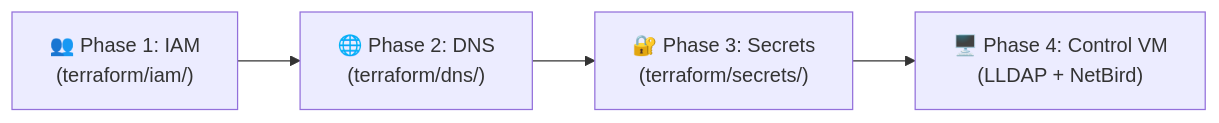
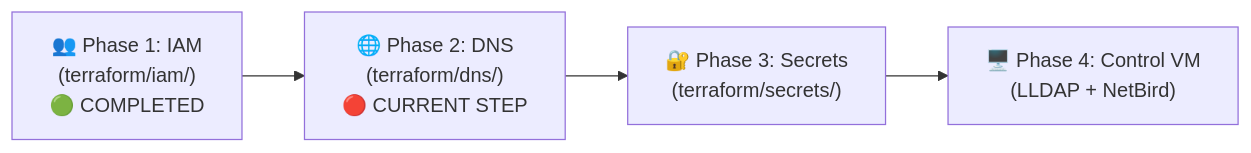
The diagram in mgmt/checklist.md (AIT-brainlab/brainlab-base), drawn with Mermaid before and after one commit. The commit also changed other lines of this file, not shown here.

Commit message:
Update checklist: Enhance modular architecture details and clarify execution phases

````diff
--- a/mgmt/checklist.md
+++ b/mgmt/checklist.md
@@ -19,4 +19,4 @@
 ```mermaid
 flowchart LR
-    Step1["👥 Phase 1: IAM<br/>(terraform/iam/)"] --> Step2["🌐 Phase 2: DNS<br/>(terraform/dns/)"] --> Step3["🔐 Phase 3: Secrets<br/>(terraform/secrets/)"] --> Step4["🖥️ Phase 4: Control VM<br/>(LLDAP + NetBird)"]
+    Step1["👥 Phase 1: IAM<br/>(terraform/iam/)<br/>🟢 COMPLETED"] --> Step2["🌐 Phase 2: DNS<br/>(terraform/dns/)<br/>🔴 CURRENT STEP"] --> Step3["🔐 Phase 3: Secrets<br/>(terraform/secrets/)"] --> Step4["🖥️ Phase 4: Control VM<br/>(LLDAP + NetBird)"]
 ```
````
